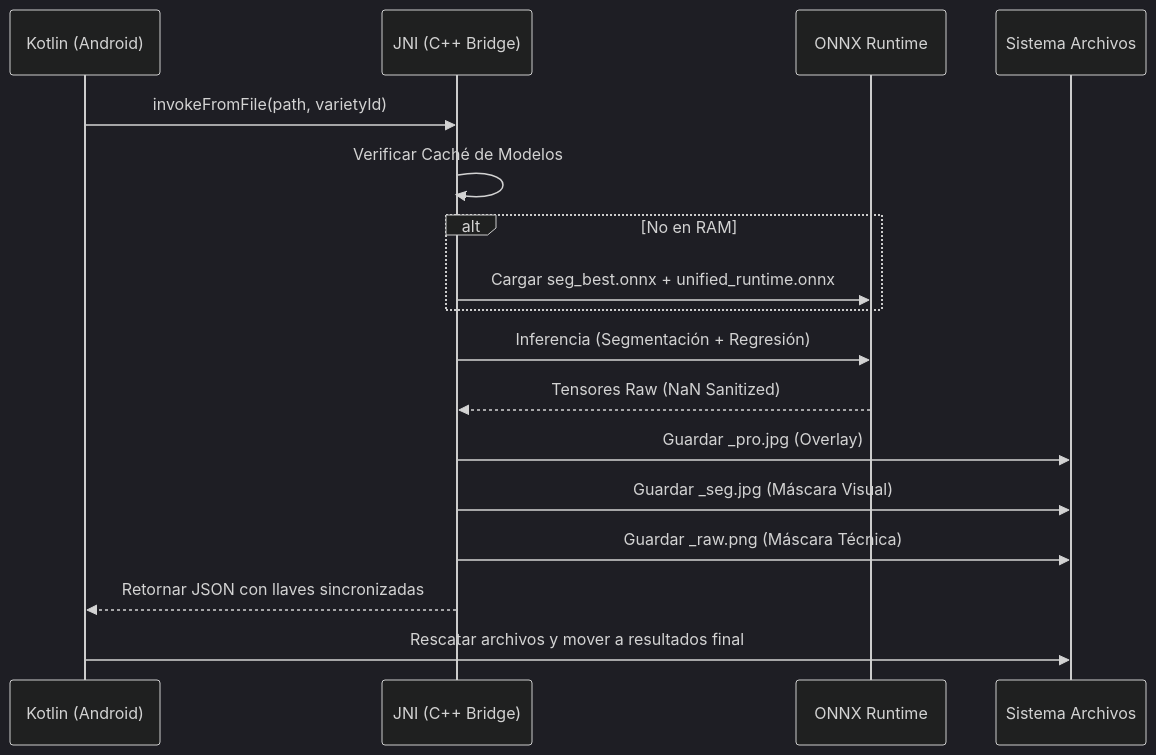
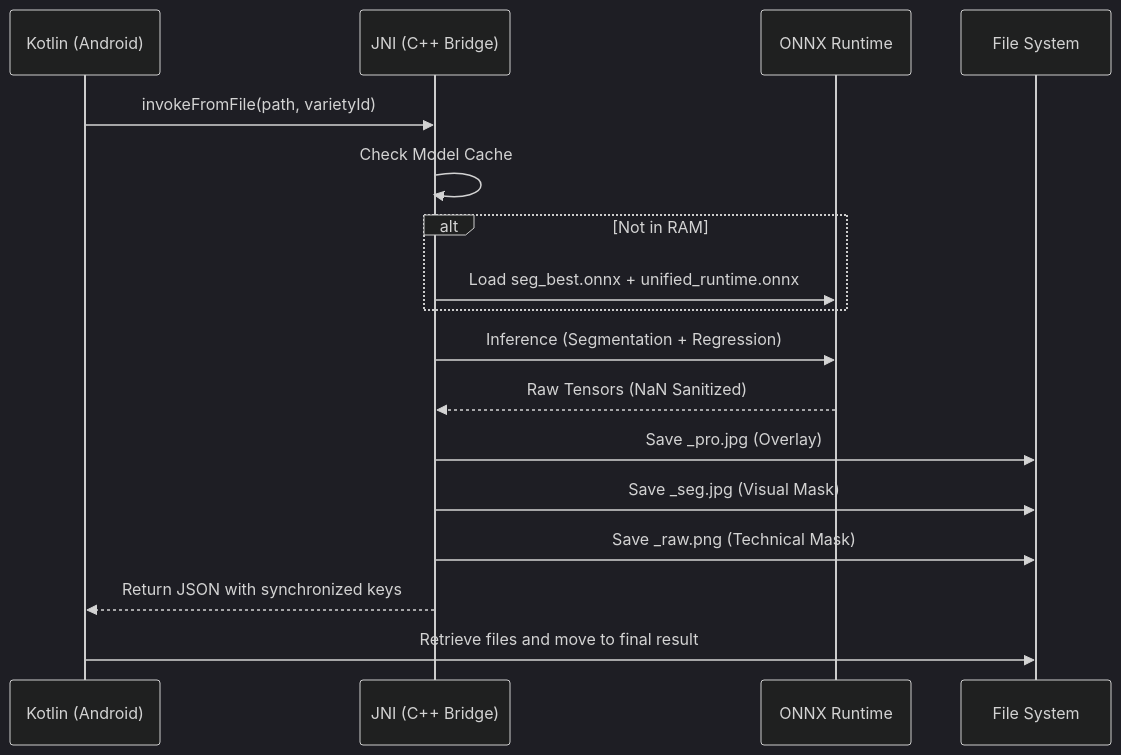
The diagram in app_metrics_detection/README_FORENSE.md (Maxbarrioslopez/grape-berry-estimation-demo-v2), drawn with Mermaid (dark theme) before and after one commit. The commit also changed other lines of this file and 152 other files, not shown here.

````diff
--- a/app_metrics_detection/README_FORENSE.md
+++ b/app_metrics_detection/README_FORENSE.md
@@ -9,20 +9,20 @@
 ```mermaid
 sequenceDiagram
     participant K as Kotlin (Android)
     participant J as JNI (C++ Bridge)
     participant O as ONNX Runtime
-    participant F as Sistema Archivos
+    participant F as File System
 
     K->>J: invokeFromFile(path, varietyId)
-    J->>J: Verificar Caché de Modelos
-    alt No en RAM
-        J->>O: Cargar seg_best.onnx + unified_runtime.onnx
+    J->>J: Check Model Cache
+    alt Not in RAM
+        J->>O: Load seg_best.onnx + unified_runtime.onnx
     end
-    J->>O: Inferencia (Segmentación + Regresión)
-    O-->>J: Tensores Raw (NaN Sanitized)
-    J->>F: Guardar _pro.jpg (Overlay)
-    J->>F: Guardar _seg.jpg (Máscara Visual)
-    J->>F: Guardar _raw.png (Máscara Técnica)
-    J-->>K: Retornar JSON con llaves sincronizadas
-    K->>F: Rescatar archivos y mover a resultados final
+    J->>O: Inference (Segmentation + Regression)
+    O-->>J: Raw Tensors (NaN Sanitized)
+    J->>F: Save _pro.jpg (Overlay)
+    J->>F: Save _seg.jpg (Visual Mask)
+    J->>F: Save _raw.png (Technical Mask)
+    J-->>K: Return JSON with synchronized keys
+    K->>F: Retrieve files and move to final result
 ```
````
